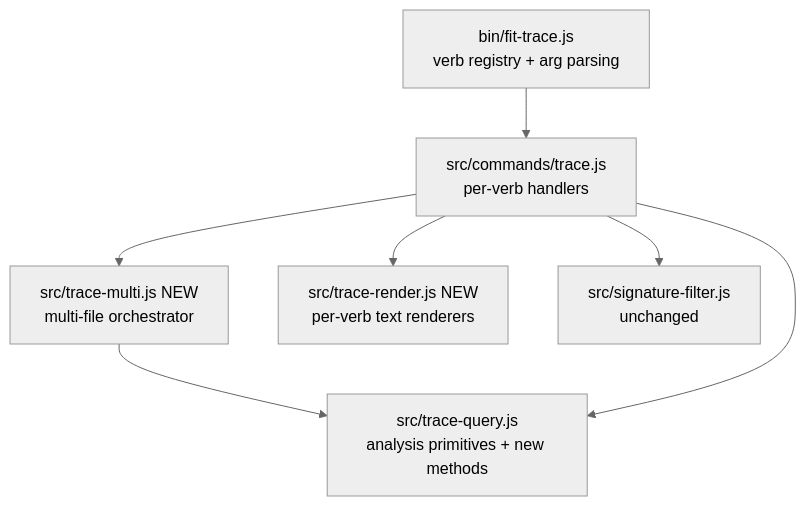
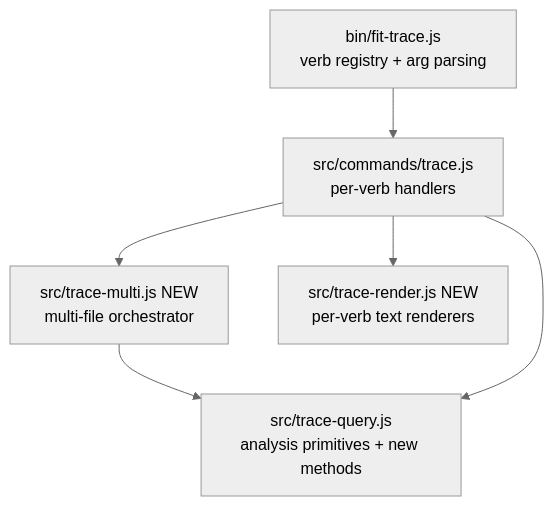
The first of 2 diagrams in specs/1220-fit-trace-cli-quality-of-life/design-a.md (forwardimpact/monorepo), drawn with Mermaid (neutral theme) before and after one commit. The commit also changed other lines of this file, not shown here.

````diff
--- a/specs/1220-fit-trace-cli-quality-of-life/design-a.md
+++ b/specs/1220-fit-trace-cli-quality-of-life/design-a.md
@@ -14,9 +26,8 @@
 ```mermaid
 graph TD
   CLI[bin/fit-trace.js<br/>verb registry + arg parsing] --> CMD[src/commands/trace.js<br/>per-verb handlers]
   CMD --> MULTI[src/trace-multi.js NEW<br/>multi-file orchestrator]
   CMD --> RENDER[src/trace-render.js NEW<br/>per-verb text renderers]
   MULTI --> QUERY[src/trace-query.js<br/>analysis primitives + new methods]
   CMD --> QUERY
-  CMD --> SIG[src/signature-filter.js<br/>unchanged]
 ```
````
